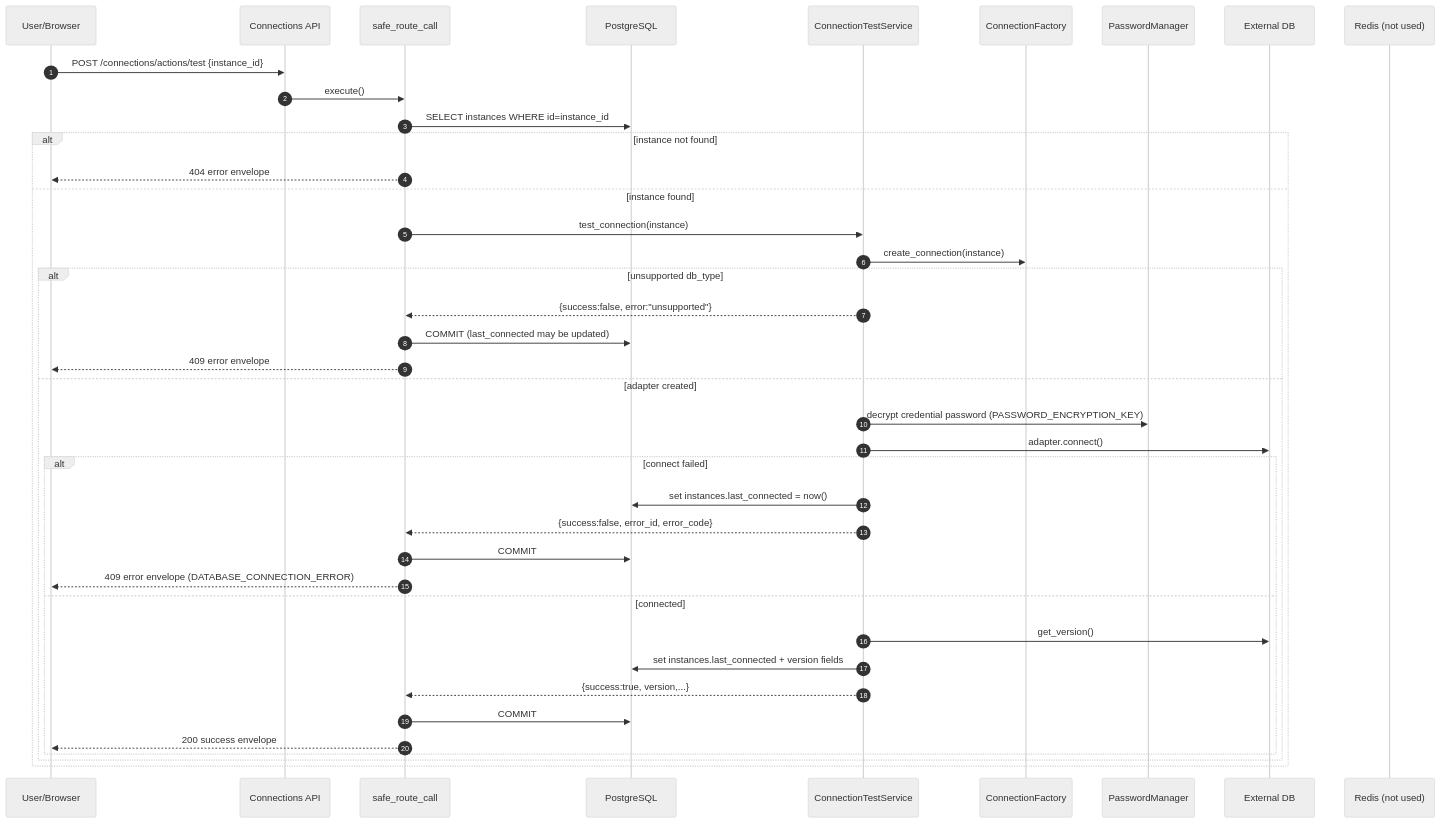
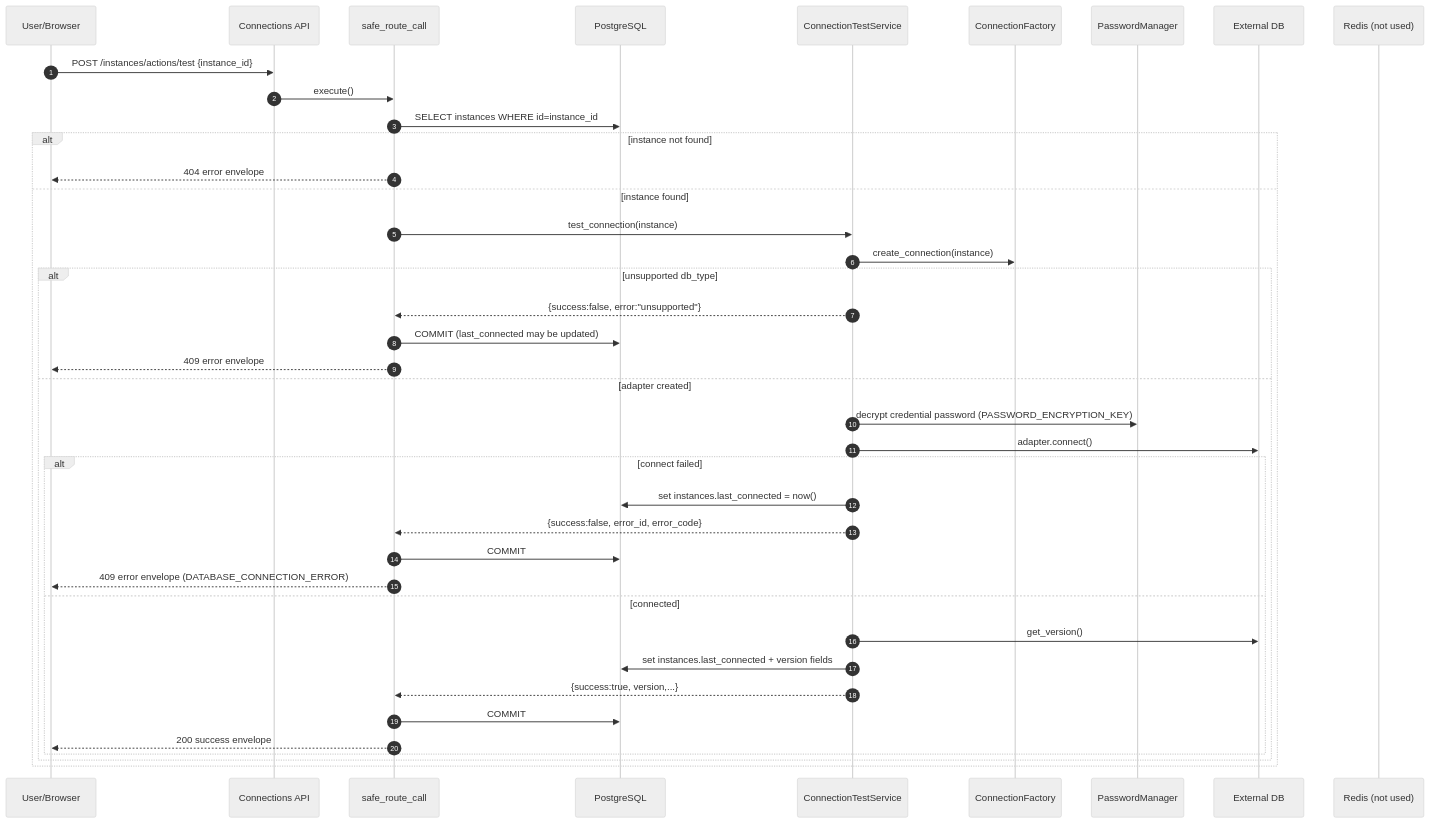
Before and after one commit to nyealovey/WhaleFall: the second of 3 diagrams in docs/architecture/credentials-connections-domain.md, drawn with Mermaid (neutral theme). The commit also changed other lines of this file and 37 other files, not shown here.

````diff
--- a/docs/architecture/credentials-connections-domain.md
+++ b/docs/architecture/credentials-connections-domain.md
@@ -59,43 +59,43 @@
 ```mermaid
 sequenceDiagram
   autonumber
   participant U as User/Browser
   participant API as Connections API
   participant Safe as safe_route_call
   participant PG as PostgreSQL
   participant CTS as ConnectionTestService
   participant CF as ConnectionFactory
   participant PM as PasswordManager
   participant EXT as External DB
   participant R as Redis (not used)
 
-  U->>API: POST /connections/actions/test {instance_id}
+  U->>API: POST /instances/actions/test {instance_id}
   API->>Safe: execute()
   Safe->>PG: SELECT instances WHERE id=instance_id
   alt instance not found
     Safe-->>U: 404 error envelope
   else instance found
     Safe->>CTS: test_connection(instance)
     CTS->>CF: create_connection(instance)
     alt unsupported db_type
       CTS-->>Safe: {success:false, error:"unsupported"}
       Safe->>PG: COMMIT (last_connected may be updated)
       Safe-->>U: 409 error envelope
     else adapter created
       CTS->>PM: decrypt credential password (PASSWORD_ENCRYPTION_KEY)
       CTS->>EXT: adapter.connect()
       alt connect failed
         CTS->>PG: set instances.last_connected = now()
         CTS-->>Safe: {success:false, error_id, error_code}
         Safe->>PG: COMMIT
         Safe-->>U: 409 error envelope (DATABASE_CONNECTION_ERROR)
       else connected
         CTS->>EXT: get_version()
         CTS->>PG: set instances.last_connected + version fields
         CTS-->>Safe: {success:true, version,...}
         Safe->>PG: COMMIT
         Safe-->>U: 200 success envelope
       end
     end
   end
 ```
````
